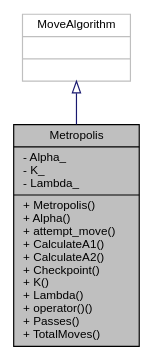
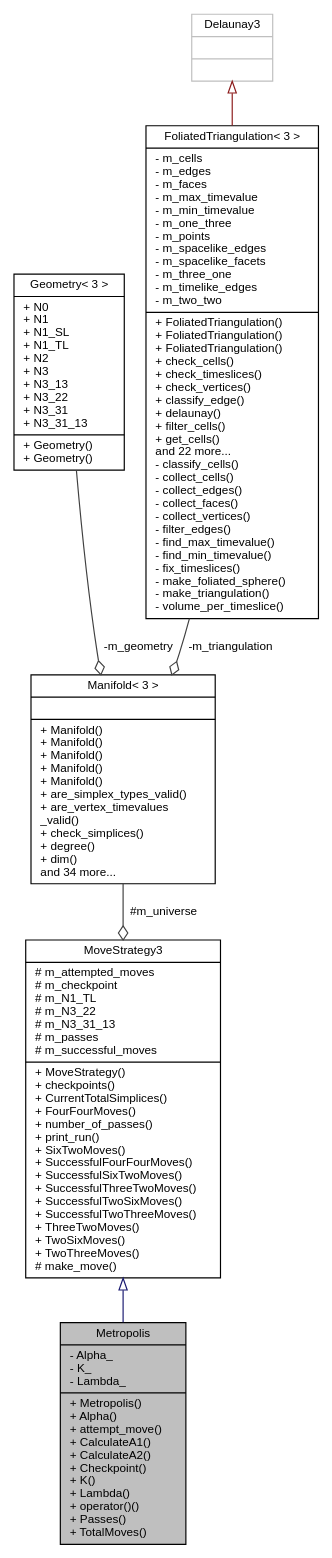
Before and after one commit to acgetchell/CDT-plusplus: the diagram in class_metropolis__coll__graph.dot, drawn with Graphviz. The commit also changed 262 other files, not shown here.

```diff
--- a/class_metropolis__coll__graph.dot
+++ b/class_metropolis__coll__graph.dot
@@ -1,9 +1,17 @@
 digraph "Metropolis"
 {
  // LATEX_PDF_SIZE
   edge [fontname="Helvetica",fontsize="10",labelfontname="Helvetica",labelfontsize="10"];
   node [fontname="Helvetica",fontsize="10",shape=record];
   Node1 [label="{Metropolis\n|- Alpha_\l- K_\l- Lambda_\l|+ Metropolis()\l+ Alpha()\l+ attempt_move()\l+ CalculateA1()\l+ CalculateA2()\l+ Checkpoint()\l+ K()\l+ Lambda()\l+ operator()()\l+ Passes()\l+ TotalMoves()\l}",height=0.2,width=0.4,color="black", fillcolor="grey75", style="filled", fontcolor="black",tooltip="Metropolis-Hastings algorithm function object."];
   Node2 -> Node1 [dir="back",color="midnightblue",fontsize="10",style="solid",arrowtail="onormal",fontname="Helvetica"];
-  Node2 [label="{MoveAlgorithm\n||}",height=0.2,width=0.4,color="grey75", fillcolor="white", style="filled",tooltip=" "];
+  Node2 [label="{MoveStrategy3\n|# m_attempted_moves\l# m_checkpoint\l# m_N1_TL\l# m_N3_22\l# m_N3_31_13\l# m_passes\l# m_successful_moves\l|+ MoveStrategy()\l+ checkpoints()\l+ CurrentTotalSimplices()\l+ FourFourMoves()\l+ number_of_passes()\l+ print_run()\l+ SixTwoMoves()\l+ SuccessfulFourFourMoves()\l+ SuccessfulSixTwoMoves()\l+ SuccessfulThreeTwoMoves()\l+ SuccessfulTwoSixMoves()\l+ SuccessfulTwoThreeMoves()\l+ ThreeTwoMoves()\l+ TwoSixMoves()\l+ TwoThreeMoves()\l# make_move()\l}",height=0.2,width=0.4,color="black", fillcolor="white", style="filled",URL="$class_move_strategy_3_013_01_4.html",tooltip=" "];
+  Node3 -> Node2 [color="grey25",fontsize="10",style="solid",label=" #m_universe" ,arrowhead="odiamond",fontname="Helvetica"];
+  Node3 [label="{Manifold\< 3 \>\n||+ Manifold()\l+ Manifold()\l+ Manifold()\l+ Manifold()\l+ Manifold()\l+ are_simplex_types_valid()\l+ are_vertex_timevalues\l_valid()\l+ check_simplices()\l+ degree()\l+ dim()\land 34 more...\l}",height=0.2,width=0.4,color="black", fillcolor="white", style="filled",URL="$class_manifold_3_013_01_4.html",tooltip="3D Manifold"];
+  Node4 -> Node3 [color="grey25",fontsize="10",style="solid",label=" -m_geometry" ,arrowhead="odiamond",fontname="Helvetica"];
+  Node4 [label="{Geometry\< 3 \>\n|+ N0\l+ N1\l+ N1_SL\l+ N1_TL\l+ N2\l+ N3\l+ N3_13\l+ N3_22\l+ N3_31\l+ N3_31_13\l|+ Geometry()\l+ Geometry()\l}",height=0.2,width=0.4,color="black", fillcolor="white", style="filled",URL="$struct_geometry_3_013_01_4.html",tooltip="3D Geometry"];
+  Node5 -> Node3 [color="grey25",fontsize="10",style="solid",label=" -m_triangulation" ,arrowhead="odiamond",fontname="Helvetica"];
+  Node5 [label="{FoliatedTriangulation\< 3 \>\n|- m_cells\l- m_edges\l- m_faces\l- m_max_timevalue\l- m_min_timevalue\l- m_one_three\l- m_points\l- m_spacelike_edges\l- m_spacelike_facets\l- m_three_one\l- m_timelike_edges\l- m_two_two\l|+ FoliatedTriangulation()\l+ FoliatedTriangulation()\l+ FoliatedTriangulation()\l+ check_cells()\l+ check_timeslices()\l+ check_vertices()\l+ classify_edge()\l+ delaunay()\l+ filter_cells()\l+ get_cells()\land 22 more...\l- classify_cells()\l- collect_cells()\l- collect_edges()\l- collect_faces()\l- collect_vertices()\l- filter_edges()\l- find_max_timevalue()\l- find_min_timevalue()\l- fix_timeslices()\l- make_foliated_sphere()\l- make_triangulation()\l- volume_per_timeslice()\l}",height=0.2,width=0.4,color="black", fillcolor="white", style="filled",URL="$class_foliated_triangulation_3_013_01_4.html",tooltip="3D Triangulation"];
+  Node6 -> Node5 [dir="back",color="firebrick4",fontsize="10",style="solid",arrowtail="onormal",fontname="Helvetica"];
+  Node6 [label="{Delaunay3\n||}",height=0.2,width=0.4,color="grey75", fillcolor="white", style="filled",tooltip=" "];
 }
```
